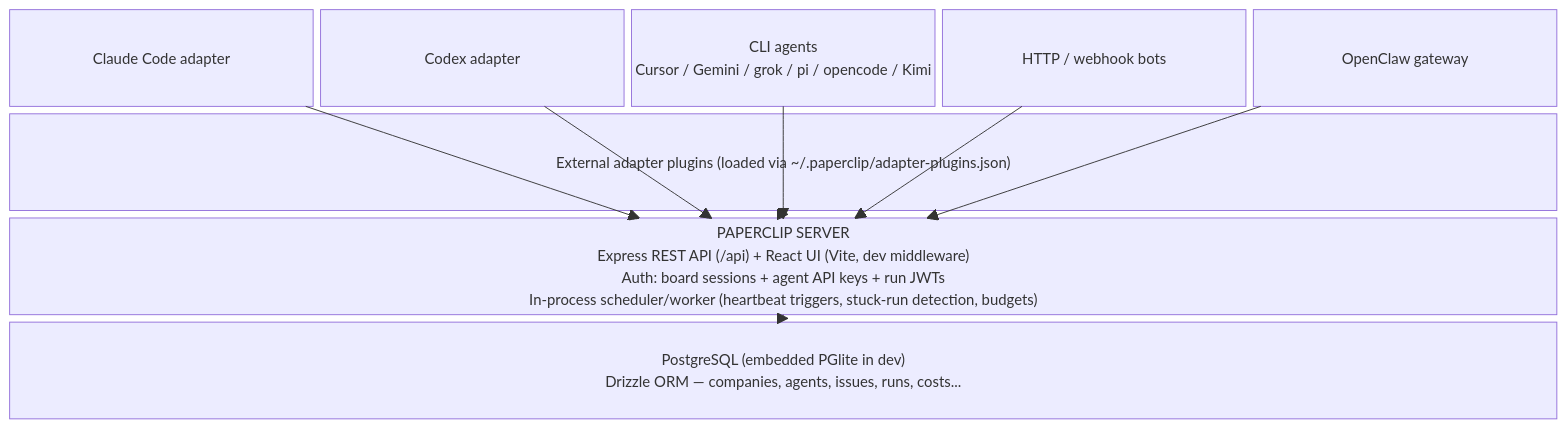
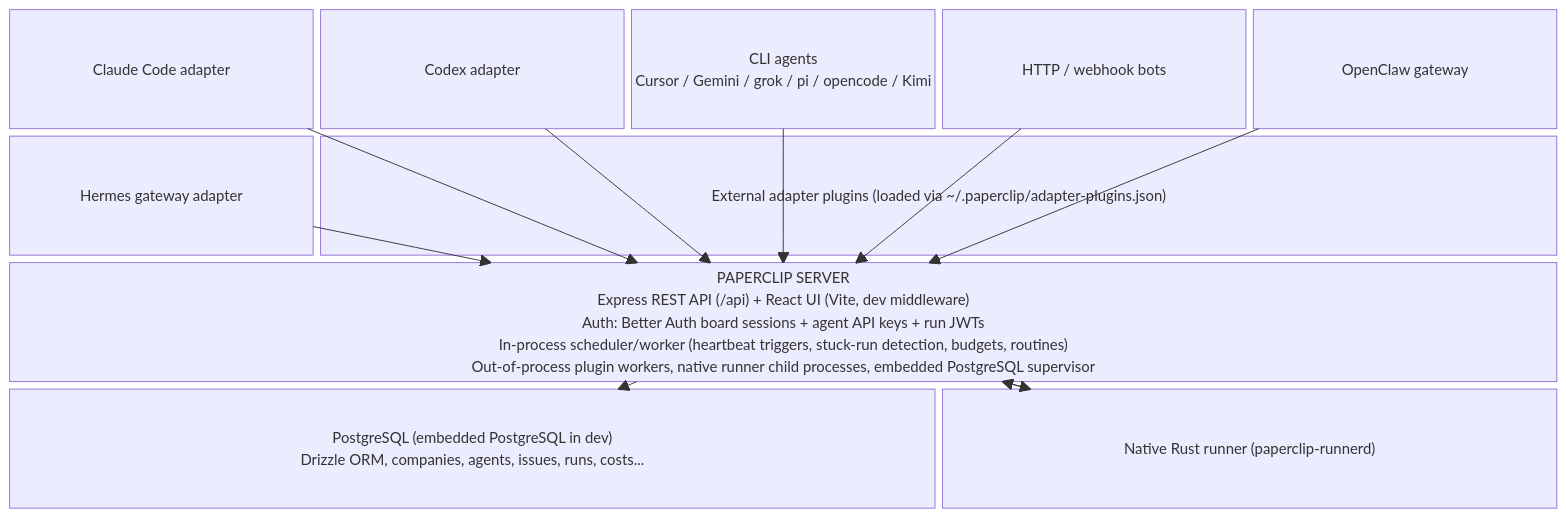
One commit to TomzxCode/sdlc changed the first of 2 diagrams in paperclipai/paperclip/.sdlc/context/architecture.md. Above: the diagram before and after it, drawn with Mermaid. The commit also changed other lines of this file and 41 other files, not shown here.

````diff
--- a/paperclipai/paperclip/.sdlc/context/architecture.md
+++ b/paperclipai/paperclip/.sdlc/context/architecture.md
@@ -9,19 +12,24 @@
 ```mermaid
 block-beta
   columns 5
   claude["Claude Code adapter"]:1
   codex["Codex adapter"]:1
   cliagents["CLI agents\nCursor / Gemini / grok / pi / opencode / Kimi"]:1
   httpbots["HTTP / webhook bots"]:1
   claw["OpenClaw gateway"]:1
-  plugins["External adapter plugins (loaded via ~/.paperclip/adapter-plugins.json)"]:5
-  server["PAPERCLIP SERVER\nExpress REST API (/api) + React UI (Vite, dev middleware)\nAuth: board sessions + agent API keys + run JWTs\nIn-process scheduler/worker (heartbeat triggers, stuck-run detection, budgets)"]:5
-  db["PostgreSQL (embedded PGlite in dev)\nDrizzle ORM — companies, agents, issues, runs, costs..."]:5
+  hermes["Hermes gateway adapter"]:1
+  plugins["External adapter plugins (loaded via ~/.paperclip/adapter-plugins.json)"]:4
+  server["PAPERCLIP SERVER\nExpress REST API (/api) + React UI (Vite, dev middleware)\nAuth: Better Auth board sessions + agent API keys + run JWTs\nIn-process scheduler/worker (heartbeat triggers, stuck-run detection, budgets, routines)\nOut-of-process plugin workers, native runner child processes, embedded PostgreSQL supervisor"]:5
+  db["PostgreSQL (embedded PostgreSQL in dev)\nDrizzle ORM, companies, agents, issues, runs, costs..."]:3
+  nativerunner["Native Rust runner (paperclip-runnerd)"]:2
   claude --> server
   codex --> server
   cliagents --> server
   httpbots --> server
   claw --> server
+  hermes --> server
   plugins --> server
   server --> db
+  server --> nativerunner
+  nativerunner --> server
 ```
````
